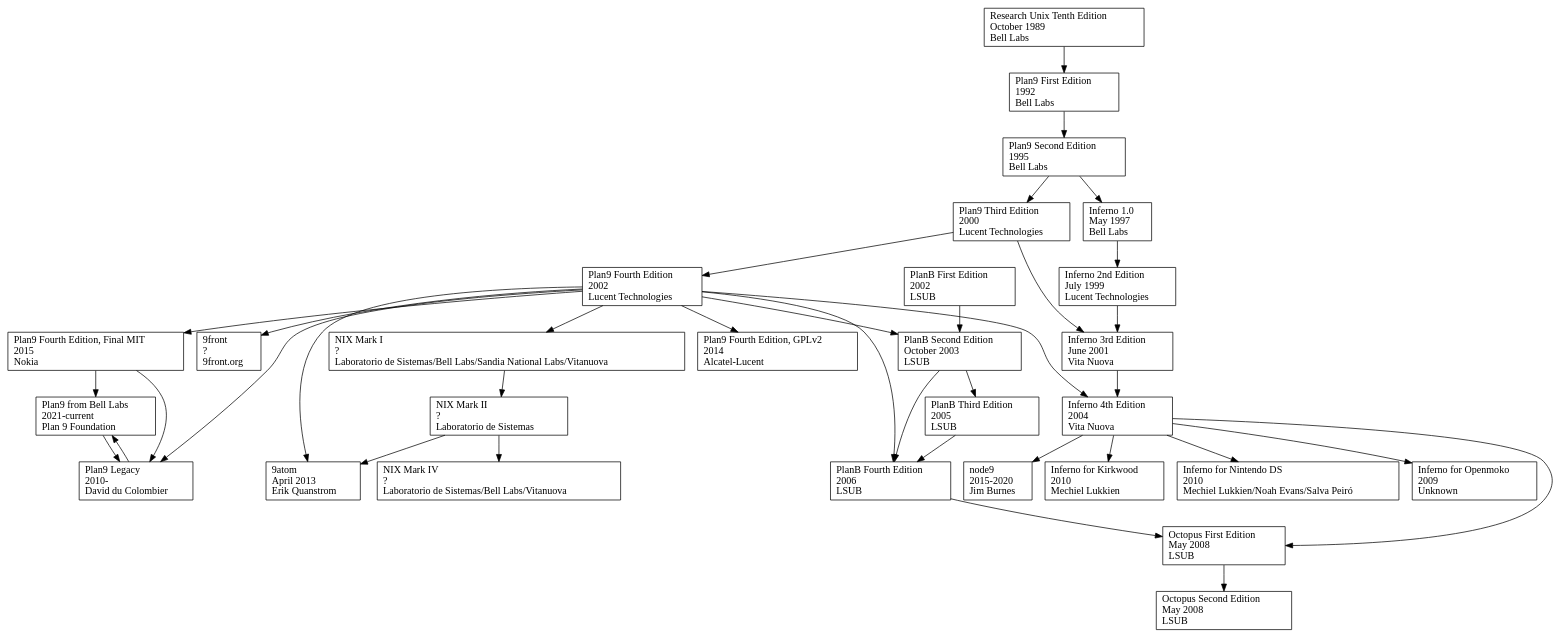
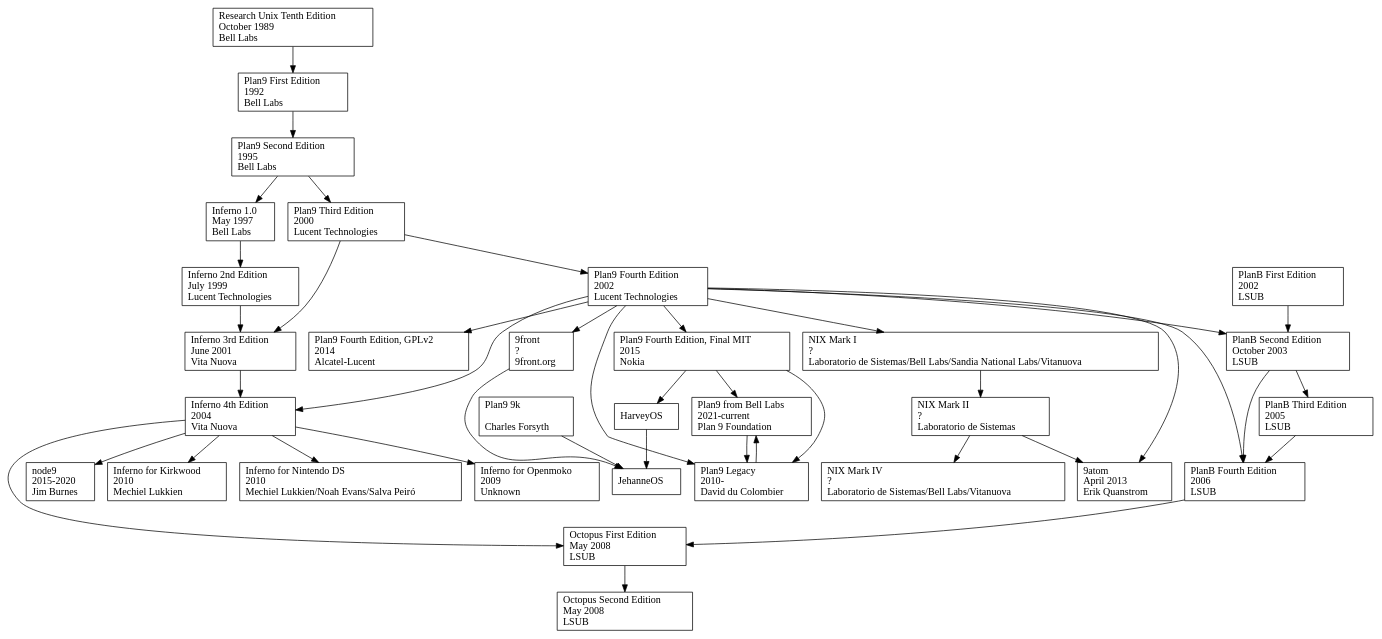
The diagram in plan9.dot (da4089/plan9-history), drawn with Graphviz before and after one commit. The commit also changed 1 other file, not shown here.

Commit message:
Notes on Jehanne and Harvey.

```diff
--- a/plan9.dot
+++ b/plan9.dot
@@ -1,166 +1,188 @@
 digraph D {
 
         node [shape=record];
 
         // --------------------
         // Research Unix
 
         // unix7ed [label="Research Unix Seventh Edition\lJanuary 1979\lBell Labs\l"]
         // unix8ed [label="Research Unix Eighth Edition\lFebruary 1985\lBell Labs\l"]
         // unix9ed [label="Research Unix Ninth Edition\lSeptember 1986\lBell Labs\l"]
         unix10ed [label="Research Unix Tenth Edition\lOctober 1989\lBell Labs\l"]
 
         // --------------------
         // Plan 9 from Bell Labs
 
         p91ed [label="Plan9 First Edition\l1992\lBell Labs\l"]
         p92ed [label="Plan9 Second Edition\l1995\lBell Labs\l"]
         p93ed [label="Plan9 Third Edition\l2000\lLucent Technologies\l"]
         p94ed [label="Plan9 Fourth Edition\l2002\lLucent Technologies\l"]
 
         p94ed_gpl [label="Plan9 Fourth Edition, GPLv2\l2014\lAlcatel-Lucent\l"]
         p94ed_mit [label="Plan9 Fourth Edition, Final MIT\l2015\lNokia\l"]
 
         p9_io [label="Plan9 from Bell Labs\l2021-current\lPlan 9 Foundation\l"]
 
         // --------------------
         // 9legacy
         // originally, a set of patches against sources @ Bell Labs, maintained by David du Colombier
         // now a full distrubtion, at 9legacy.org
 
         p9legacy [label="Plan9 Legacy\l2010-\lDavid du Colombier\l"]
 
 
         // --------------------
         // Plan B
         // nemo & co
 
         // 1st ed, user man tr
         planb1ed [label="PlanB First Edition\l2002\lLSUB\l"]
 
         // 2nd edition user manual, Postscript
         planb2ed [label="PlanB Second Edition\lOctober 2003\lLSUB\l"]
 
         // 3rd ed user manual, GSYC-TR-2005-04
         planb3ed [label="PlanB Third Edition\l2005\lLSUB\l"]
 
         // 4th ed user manual
         // 4th ed source at https://github.com/fjballest/planb
         planb4ed [label="PlanB Fourth Edition\l2006\lLSUB\l"]
 
         // --------------------
         // Octopus
         octopus1ed [label="Octopus First Edition\lMay 2008\lLSUB\l"]
 
         // 2nd Edition
         octopus2ed [label="Octopus Second Edition\lMay 2008\lLSUB\l"]
 
         // --------------------
         // NIX
 
         nixmk1 [label="NIX Mark I\l?\lLaboratorio de Sistemas/Bell Labs/Sandia National Labs/Vitanuova\l"]
         nixmk2 [label="NIX Mark II\l?\lLaboratorio de Sistemas\l"]
         nixmk4 [label="NIX Mark IV\l?\lLaboratorio de Sistemas/Bell Labs/Vitanuova\l"]
 
         // --------------------
         // 9atom
 
         p9atom [label="9atom\lApril 2013\lErik Quanstrom\l"]
 
         // --------------------
         // 9front
 
         p9front [label="9front\l?\l9front.org\l"]
 
         // --------------------
         // node9
 
         node9 [label="node9\l2015-2020\lJim Burnes\l"]
 
         // --------------------
         // Inferno
 
         inferno1ed [label="Inferno 1.0\lMay 1997\lBell Labs\l"]
         inferno2ed [label="Inferno 2nd Edition\lJuly 1999\lLucent Technologies\l"]
         inferno3ed [label="Inferno 3rd Edition\lJune 2001\lVita Nuova\l"]
         inferno4ed [label="Inferno 4th Edition\l2004\lVita Nuova\l"]
 
         // --------------------
         // Inferno for Sheevaplug (Marvell Kirkwood)
         // https://github.com/mjl-/inferno-kirkwood
 
         inferno_kirkwood [label="Inferno for Kirkwood\l2010\lMechiel Lukkien\l"]
 
         // --------------------
         // Inferno for Nintendo DS
 
 
         inferno_ds [label="Inferno for Nintendo DS\l2010\lMechiel Lukkien/Noah Evans/Salva Peiró\l"]
 
         // --------------------
         // Inferno for Nintendo DS
         // https://github.com/Plan9-Archive/inferno-openmoko
 
         inferno_openmoko [label="Inferno for Openmoko\l2009\lUnknown\l"]
 
 
+        // --------------------
+        // 9k
+        // Charles Forsyth's 64bit port
+
+        p9_9k [label="Plan9 9k\l\lCharles Forsyth\l"]
+
+        // --------------------
+        // Harvey
+
+        harvey [label="HarveyOS\l"]
+
+        p94ed_mit     -> harvey
+
+        // --------------------
+        // Jehanne
+
+        jehanne [label="JehanneOS\l"]
+
+        p9front       -> jehanne
+        harvey        -> jehanne
+        p9_9k         -> jehanne
+
 
         // unix7ed       -> unix8ed
         // unix8ed       -> unix9ed
         // unix9ed       -> unix10ed
         unix10ed      -> p91ed
 
         p91ed         -> p92ed
         p92ed         -> p93ed
         p93ed         -> p94ed
 
         p94ed         -> p9legacy
         p94ed         -> p94ed_gpl
         p94ed         -> p94ed_mit
 
         p94ed_mit     -> p9legacy
         p94ed_mit     -> p9_io
 
         p9_io         -> p9legacy
         p9legacy      -> p9_io
 
         p92ed         -> inferno1ed
         inferno1ed    -> inferno2ed
         inferno2ed    -> inferno3ed
         p93ed         -> inferno3ed
         inferno3ed    -> inferno4ed
         p94ed         -> inferno4ed
 
         // PlanB 1ed not based on Plan9 (says nemo)
 
         // PlanB 2ed based on Plan9 4ed (says nemo)
         planb1ed      -> planb2ed
         p94ed         -> planb2ed
 
         planb2ed      -> planb3ed
 
         planb2ed      -> planb4ed
         planb3ed      -> planb4ed
         p94ed         -> planb4ed
 
         planb4ed      -> octopus1ed
         inferno4ed    -> octopus1ed
         octopus1ed    -> octopus2ed
 
         p94ed         -> nixmk1
         nixmk1        -> nixmk2
         nixmk2        -> nixmk4
 
         nixmk2        -> p9atom
         p94ed         -> p9atom
 
         p94ed         -> p9front
 
         inferno4ed    -> node9
 
         inferno4ed    -> inferno_kirkwood
 
         inferno4ed    -> inferno_ds
 
         inferno4ed    -> inferno_openmoko
 }
```
